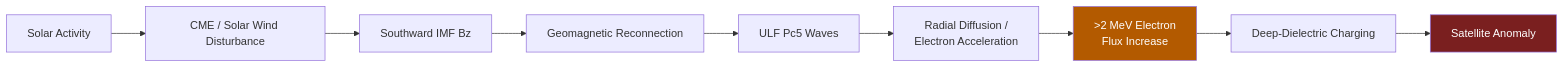
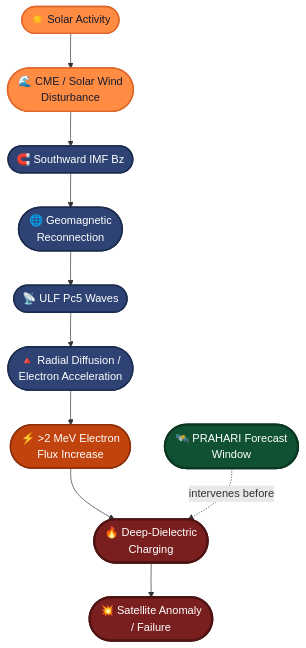
Before and after one commit to mohit4901/PRAHARI: the first of 7 diagrams in README.md, drawn with Mermaid. The commit also changed other lines of this file, not shown here.

````diff
--- a/README.md
+++ b/README.md
@@ -49,14 +63,25 @@
 ```mermaid
-flowchart LR
-    A[Solar Activity] --> B[CME / Solar Wind Disturbance]
-    B --> C["Southward IMF Bz"]
-    C --> D[Geomagnetic Reconnection]
-    D --> E[ULF Pc5 Waves]
-    E --> F[Radial Diffusion /<br>Electron Acceleration]
-    F --> G[">2 MeV Electron<br>Flux Increase"]
-    G --> H[Deep-Dielectric Charging]
-    H --> I[Satellite Anomaly]
+flowchart TB
+    A(["☀️ Solar Activity"]) --> B(["🌊 CME / Solar Wind<br>Disturbance"])
+    B --> C(["🧲 Southward IMF Bz"])
+    C --> D(["🌐 Geomagnetic<br>Reconnection"])
+    D --> E(["📡 ULF Pc5 Waves"])
+    E --> F(["🔺 Radial Diffusion /<br>Electron Acceleration"])
+    F --> G(["⚡ &gt;2 MeV Electron<br>Flux Increase"])
+    G --> H(["🔥 Deep-Dielectric<br>Charging"])
+    H --> I(["💥 Satellite Anomaly<br>/ Failure"])
 
-    style I fill:#7a1f1f,color:#fff
-    style G fill:#b35a00,color:#fff
+    P(["🛰️ PRAHARI Forecast<br>Window"]) -.intervenes before.-> H
+
+    classDef solar fill:#FF8C42,color:#1a1a2e,stroke:#e0672c,stroke-width:2px
+    classDef space fill:#2E4374,color:#fff,stroke:#1a2b4d,stroke-width:2px
+    classDef risk fill:#C1440E,color:#fff,stroke:#8a2f08,stroke-width:2px
+    classDef danger fill:#7A1F1F,color:#fff,stroke:#4d1212,stroke-width:3px
+    classDef prahari fill:#0F5132,color:#fff,stroke:#0a3622,stroke-width:3px
+
+    class A,B solar
+    class C,D,E,F space
+    class G risk
+    class H,I danger
+    class P prahari
 ```
````
